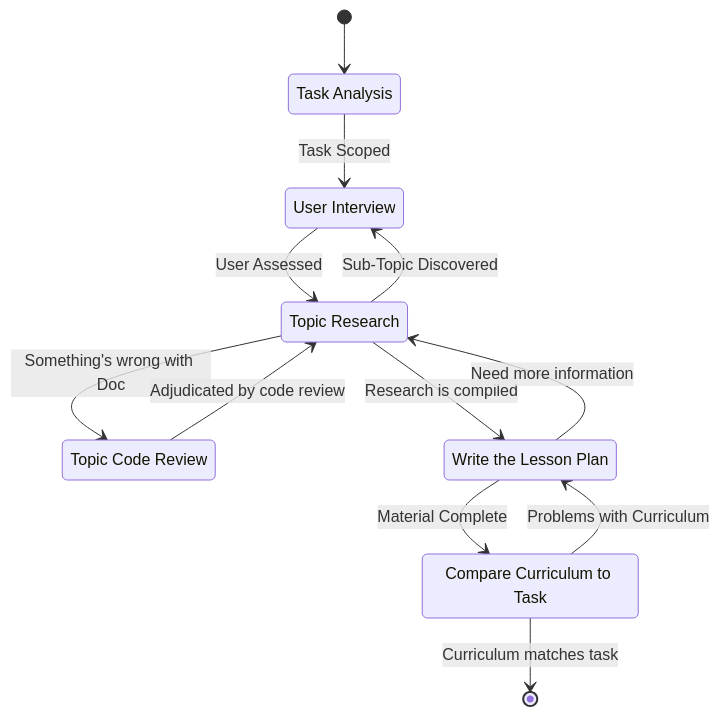
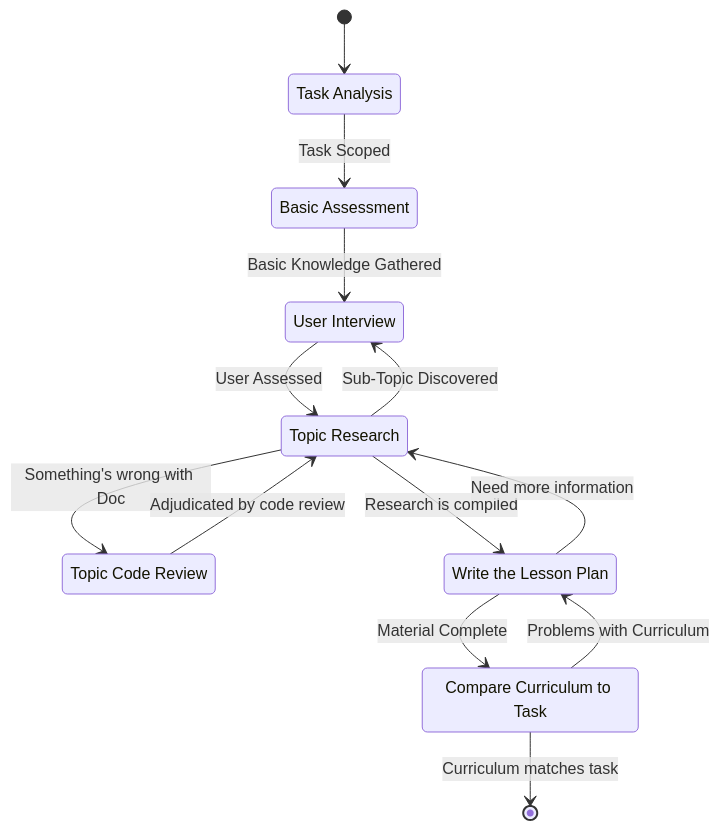
The second of 2 diagrams in learn-software-stack/commands/curriculum.md (bloc0105/Primer), drawn with Mermaid before and after one commit. The commit also changed other lines of this file and 2 other files, not shown here.

Commit message:
Fixes to make the interview process more accurate.

````diff
--- a/learn-software-stack/commands/curriculum.md
+++ b/learn-software-stack/commands/curriculum.md
@@ -40,23 +41,25 @@
 ```mermaid
 stateDiagram-v2
     state "Task Analysis" as task
+    state "Basic Assessment" as assess
     state "User Interview" as interview
     state "Topic Research" as Research
     state "Compare Curriculum to Task" as matcher
     state "Topic Code Review" as source
     state "Write the Lesson Plan" as write
 
     [*] --> task
-    task --> interview: Task Scoped
+    task --> assess: Task Scoped
+    assess --> interview: Basic Knowledge Gathered
     interview --> Research: User Assessed
     Research --> write: Research is compiled
     write --> matcher: Material Complete
     matcher --> [*]: Curriculum matches task
     matcher --> write: Problems with Curriculum
     write --> Research: Need more information
     Research --> interview: Sub-Topic Discovered
     Research --> source: Something's wrong with Doc
     source --> Research: Adjudicated by code review
     
     
 ```
````
